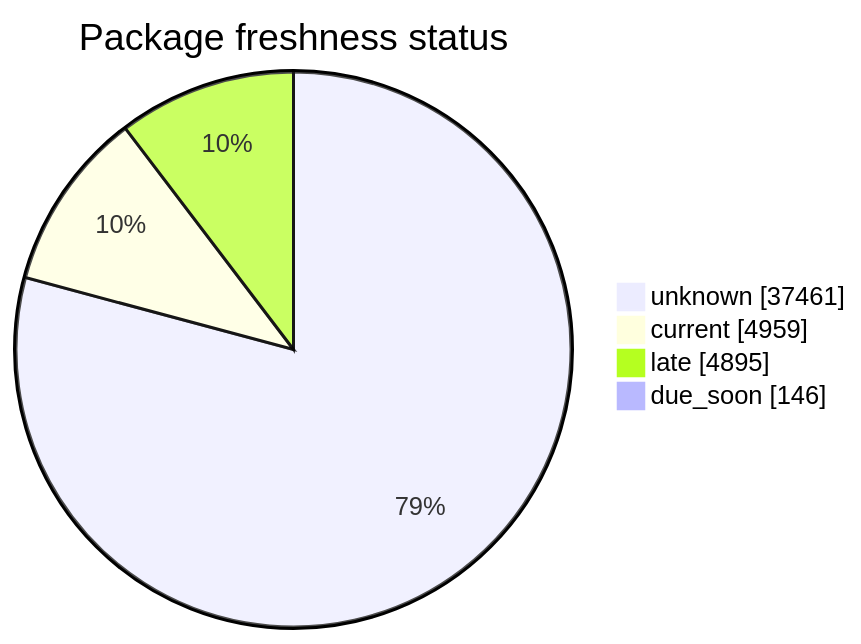
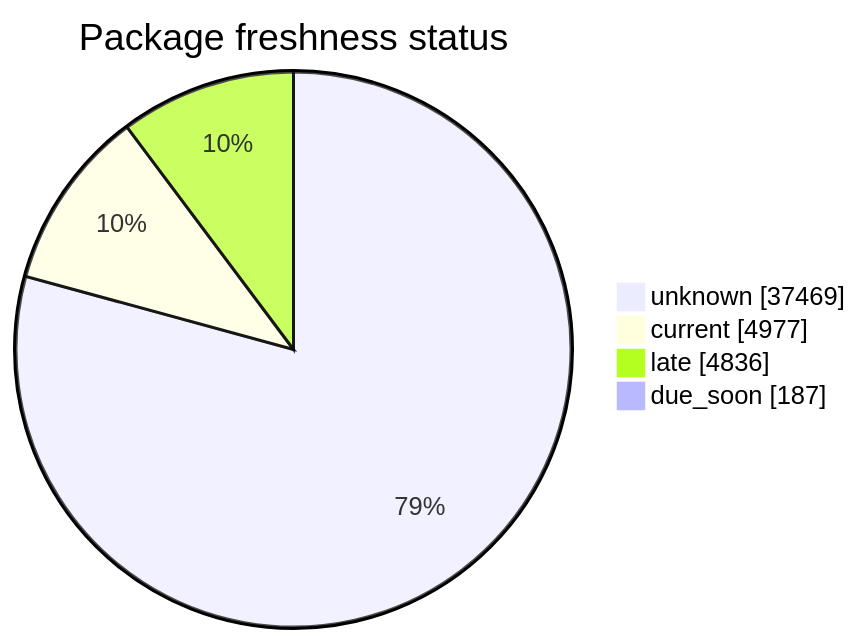
One commit to open-data/analytics-corporate-reporting changed the second of 5 diagrams in FreshCheck/README.md. Above: the diagram before and after it, drawn with Mermaid. The commit also changed other lines of this file and 3 other files, not shown here.

````diff
--- a/FreshCheck/README.md
+++ b/FreshCheck/README.md
@@ -69,7 +69,7 @@
 ```mermaid
 pie showData title Package freshness status
-    "unknown": 37461
-    "current": 4959
-    "late": 4895
-    "due_soon": 146
+    "unknown": 37469
+    "current": 4977
+    "late": 4836
+    "due_soon": 187
 ```
````
